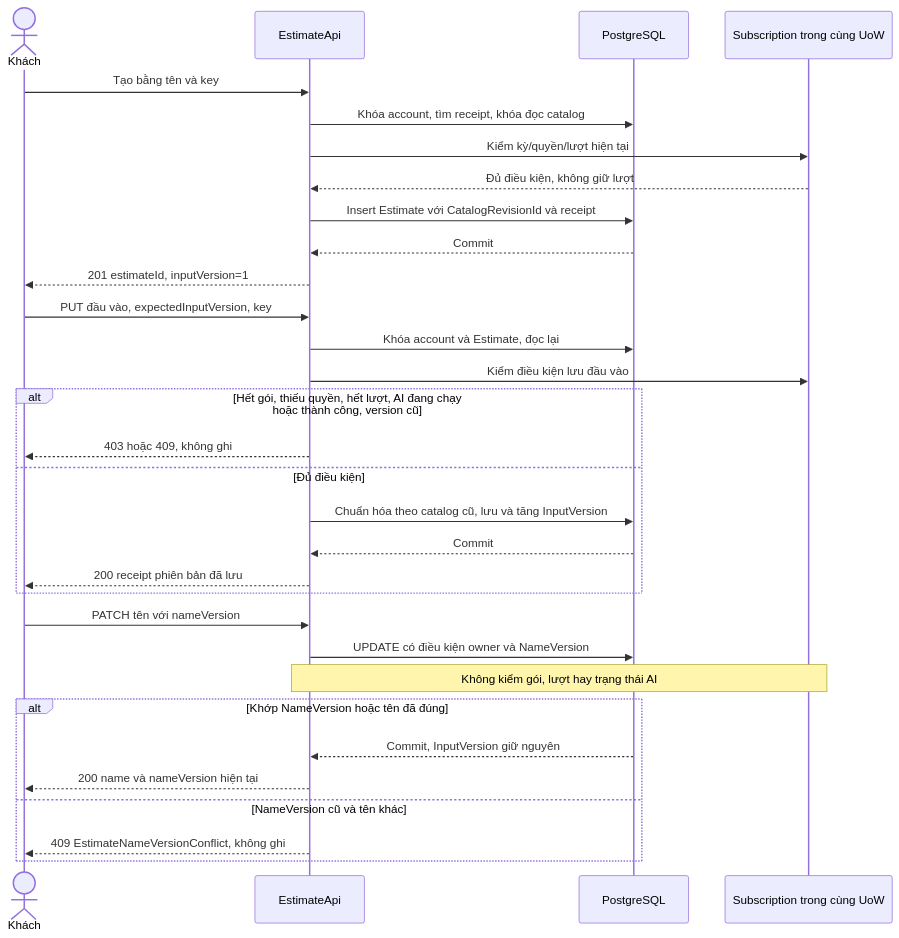
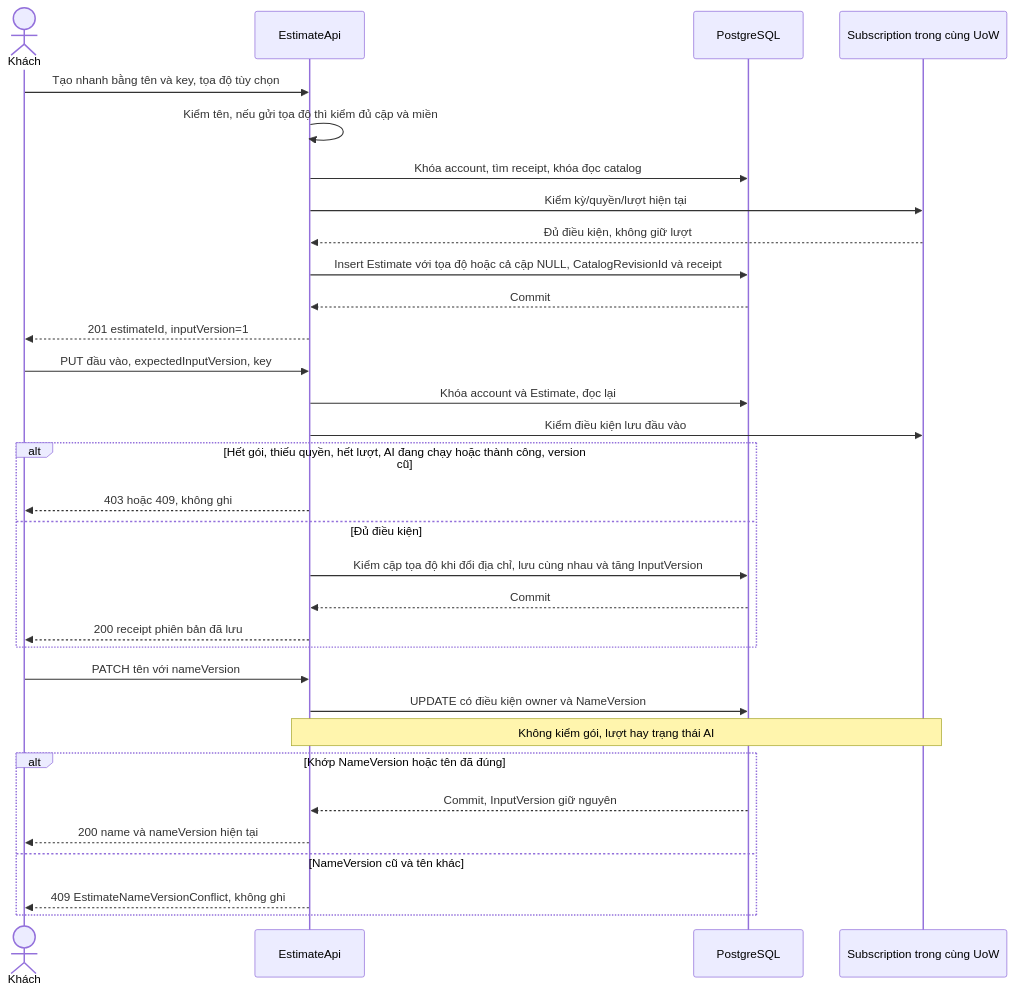
One commit to TaskCoper/bmt-documentation changed the second of 6 diagrams in tdd/TDD-PROJ-001.md. Above: the diagram before and after it, drawn with Mermaid. The commit also changed other lines of this file and 709 other files, not shown here.

````diff
--- a/tdd/TDD-PROJ-001.md
+++ b/tdd/TDD-PROJ-001.md
@@ -190,33 +241,34 @@
 ```mermaid
 sequenceDiagram
     actor U as Khách
     participant API as EstimateApi
     participant DB as PostgreSQL
     participant Q as Subscription trong cùng UoW
-    U->>API: Tạo bằng tên và key
+    U->>API: Tạo nhanh bằng tên và key, tọa độ tùy chọn
+    API->>API: Kiểm tên, nếu gửi tọa độ thì kiểm đủ cặp và miền
     API->>DB: Khóa account, tìm receipt, khóa đọc catalog
     API->>Q: Kiểm kỳ/quyền/lượt hiện tại
     Q-->>API: Đủ điều kiện, không giữ lượt
-    API->>DB: Insert Estimate với CatalogRevisionId và receipt
+    API->>DB: Insert Estimate với tọa độ hoặc cả cặp NULL, CatalogRevisionId và receipt
     DB-->>API: Commit
     API-->>U: 201 estimateId, inputVersion=1
     U->>API: PUT đầu vào, expectedInputVersion, key
     API->>DB: Khóa account và Estimate, đọc lại
     API->>Q: Kiểm điều kiện lưu đầu vào
     alt Hết gói, thiếu quyền, hết lượt, AI đang chạy hoặc thành công, version cũ
       API-->>U: 403 hoặc 409, không ghi
     else Đủ điều kiện
-      API->>DB: Chuẩn hóa theo catalog cũ, lưu và tăng InputVersion
+      API->>DB: Kiểm cặp tọa độ khi đổi địa chỉ, lưu cùng nhau và tăng InputVersion
       DB-->>API: Commit
       API-->>U: 200 receipt phiên bản đã lưu
     end
     U->>API: PATCH tên với nameVersion
     API->>DB: UPDATE có điều kiện owner và NameVersion
     Note over API,Q: Không kiểm gói, lượt hay trạng thái AI
     alt Khớp NameVersion hoặc tên đã đúng
       DB-->>API: Commit, InputVersion giữ nguyên
       API-->>U: 200 name và nameVersion hiện tại
     else NameVersion cũ và tên khác
       API-->>U: 409 EstimateNameVersionConflict, không ghi
     end
 ```
````
